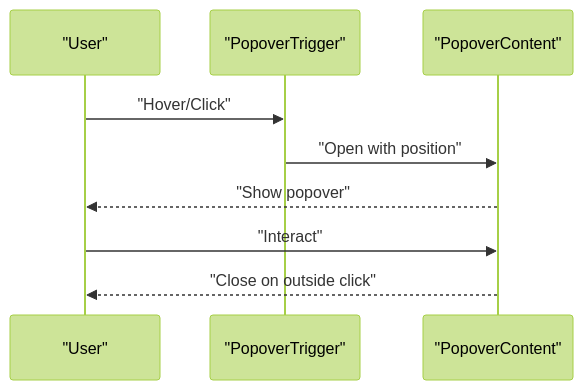
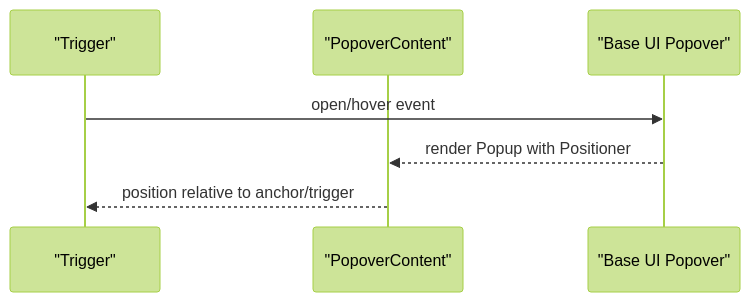
Before and after one commit to Meaetin/alibaba-hackathon: the sixth of 9 diagrams in .qoder/repowiki/en/content/Component Library/Component Library.md, drawn with Mermaid (forest theme). The commit also changed other lines of this file and 241 other files, not shown here.

````diff
--- a/.qoder/repowiki/en/content/Component Library/Component Library.md
+++ b/.qoder/repowiki/en/content/Component Library/Component Library.md
@@ -272,11 +270,9 @@
 ```mermaid
 sequenceDiagram
-participant U as "User"
-participant T as "PopoverTrigger"
+participant T as "Trigger"
 participant PC as "PopoverContent"
-U->>T : "Hover/Click"
-T->>PC : "Open with position"
-PC-->>U : "Show popover"
-U->>PC : "Interact"
-PC-->>U : "Close on outside click"
+participant BP as "Base UI Popover"
+T->>BP : open/hover event
+BP-->>PC : render Popup with Positioner
+PC-->>T : position relative to anchor/trigger
 ```
````
